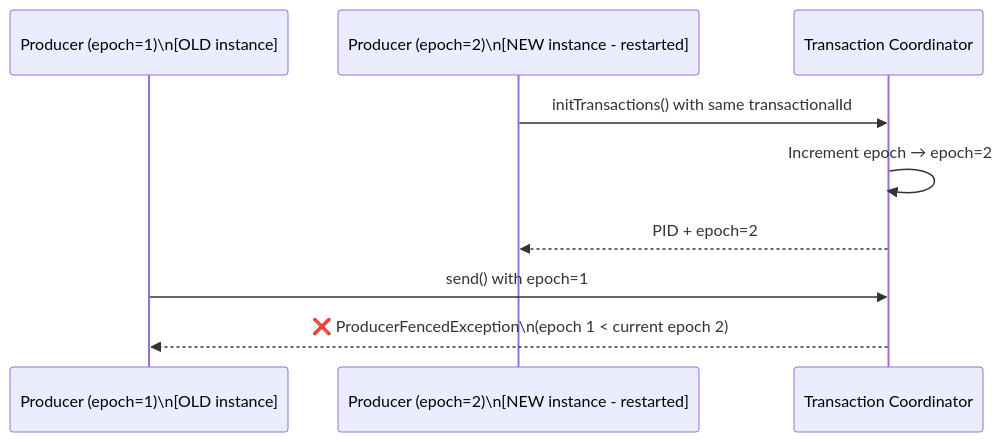
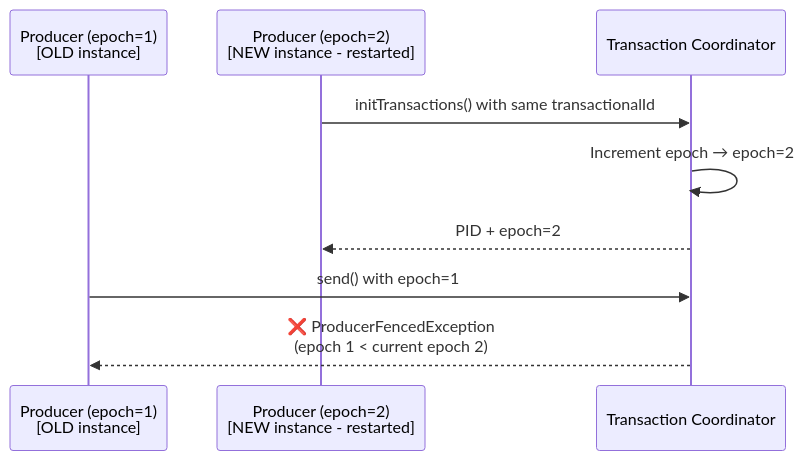
The fifth of 17 diagrams in quartz/content/Microservices-Patterns/Kafka-Troubleshooting-and-Tips.md (dangthobach/dangthobach.github.io), drawn with Mermaid before and after one commit. The commit also changed other lines of this file and 114 other files, not shown here.

````diff
--- a/quartz/content/Microservices-Patterns/Kafka-Troubleshooting-and-Tips.md
+++ b/quartz/content/Microservices-Patterns/Kafka-Troubleshooting-and-Tips.md
@@ -167,13 +167,13 @@
 ```mermaid
 sequenceDiagram
-    participant P1 as Producer (epoch=1)\n[OLD instance]
-    participant P2 as Producer (epoch=2)\n[NEW instance - restarted]
+    participant P1 as Producer (epoch=1)<br/>[OLD instance]
+    participant P2 as Producer (epoch=2)<br/>[NEW instance - restarted]
     participant TC as Transaction Coordinator
 
     P2->>TC: initTransactions() with same transactionalId
     TC->>TC: Increment epoch → epoch=2
     TC-->>P2: PID + epoch=2
 
     P1->>TC: send() with epoch=1
-    TC-->>P1: ❌ ProducerFencedException\n(epoch 1 < current epoch 2)
+    TC-->>P1: ❌ ProducerFencedException<br/>(epoch 1 < current epoch 2)
 ```
````
